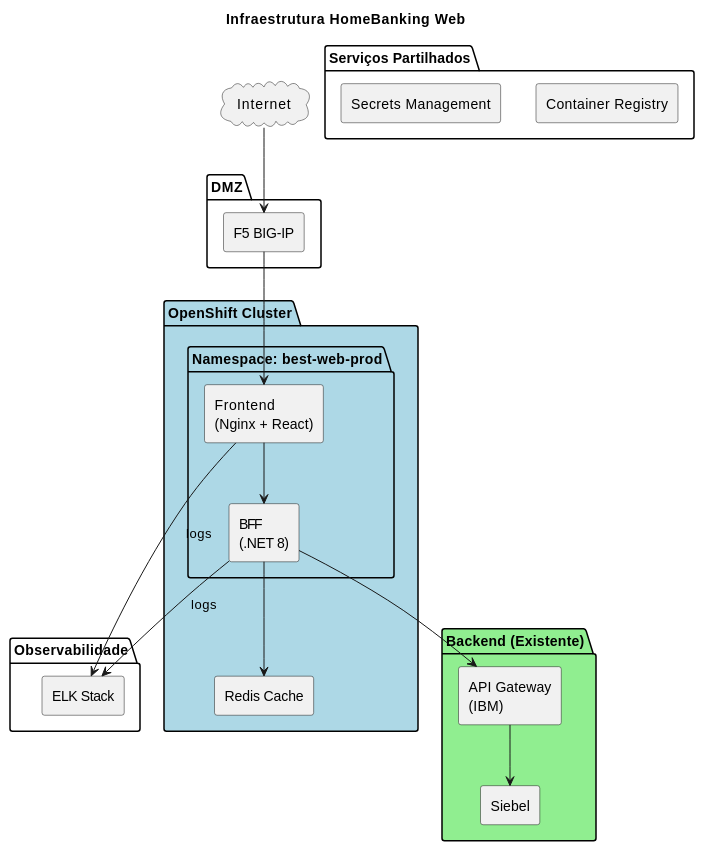
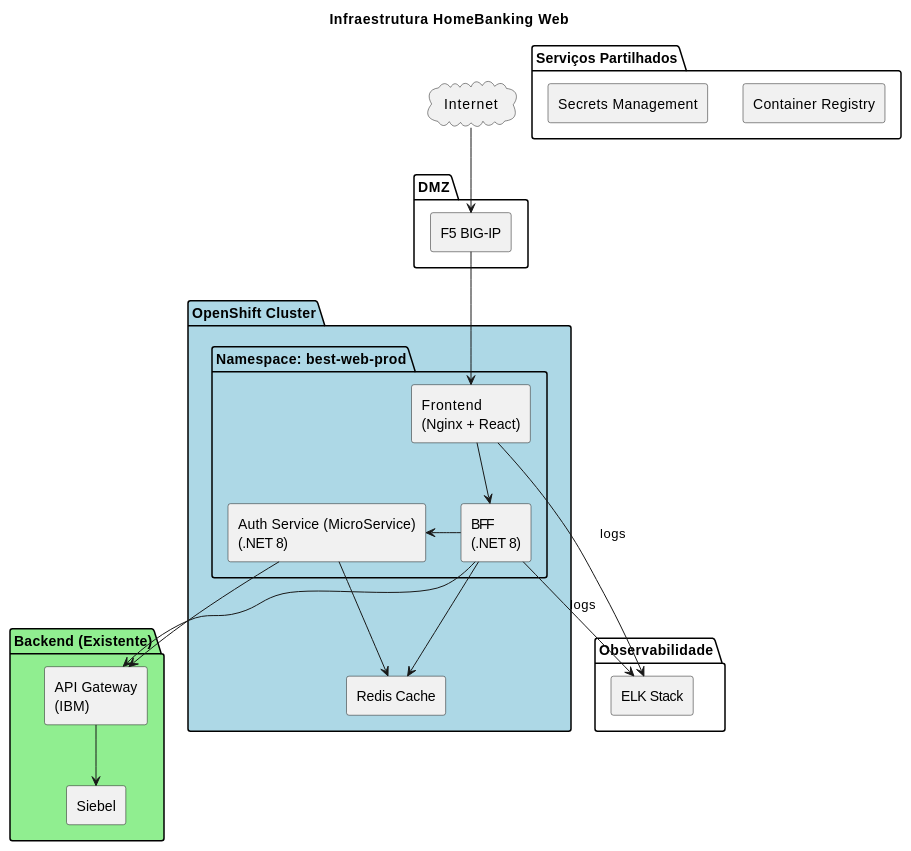
The diagram in current/sections/SEC-10-arquitetura-operacional.md (beduardo/novobanco_website_doc), drawn with PlantUML before and after one commit. The commit also changed other lines of this file and 26 other files, not shown here.

````diff
--- a/current/sections/SEC-10-arquitetura-operacional.md
+++ b/current/sections/SEC-10-arquitetura-operacional.md
@@ -36,47 +36,51 @@
 ```plantuml
 @startuml
 skinparam componentStyle rectangle
 skinparam backgroundColor white
 
 title Infraestrutura HomeBanking Web
 
 cloud "Internet" as NET
 
 package "DMZ" {
   [F5 BIG-IP] as LB
 }
 
 package "OpenShift Cluster" #LightBlue {
   package "Namespace: best-web-prod" {
     [Frontend\n(Nginx + React)] as FE
     [BFF\n(.NET 8)] as BFF
+    [Auth Service (MicroService)\n(.NET 8)] as AuthService
   }
 
   [Redis Cache] as REDIS
 }
 
 package "Serviços Partilhados" {
   [Container Registry] as REG
   [Secrets Management] as SEC
 }
 
 package "Observabilidade" {
   [ELK Stack] as ELK
 }
 
 package "Backend (Existente)" #LightGreen {
   [API Gateway\n(IBM)] as GW
   [Siebel] as API
 }
 
 NET --> LB
 LB --> FE
 FE --> BFF
 BFF --> REDIS
+AuthService --> REDIS
+BFF -> AuthService
 BFF --> GW
+AuthService --> GW
 GW --> API
 FE --> ELK : logs
 BFF --> ELK : logs
 
 @enduml
 ```
````
